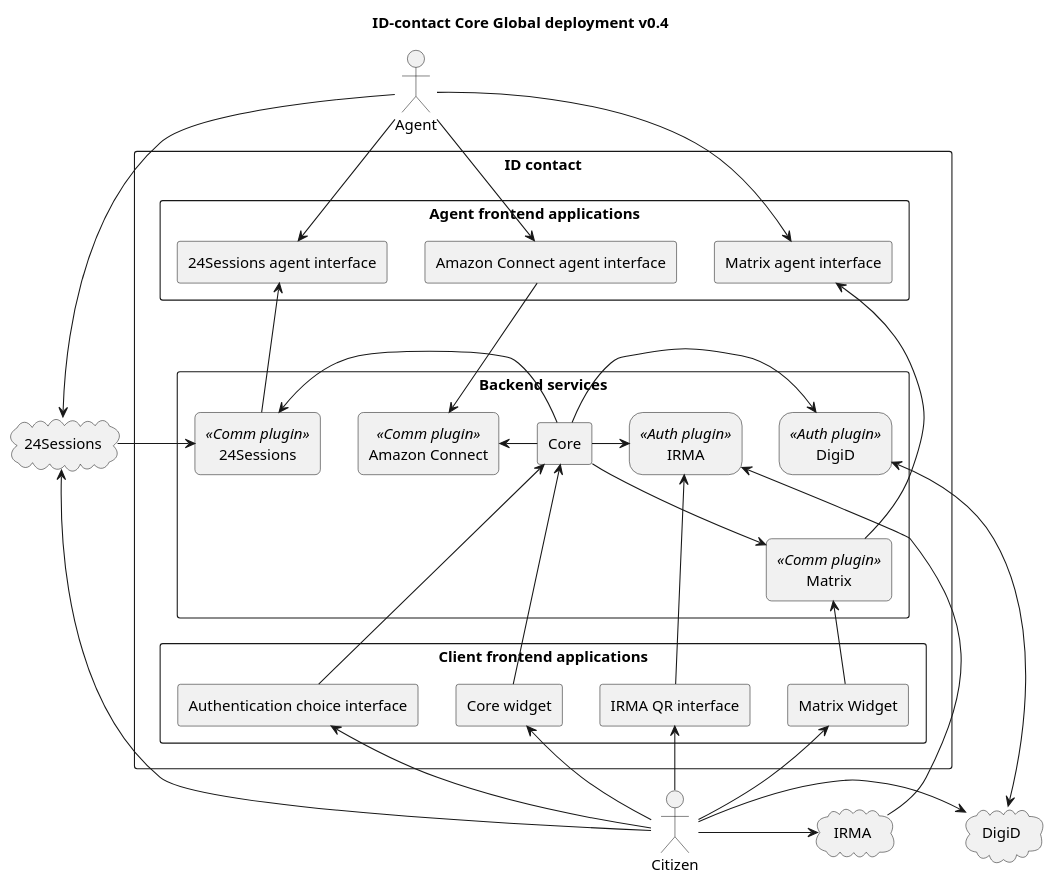
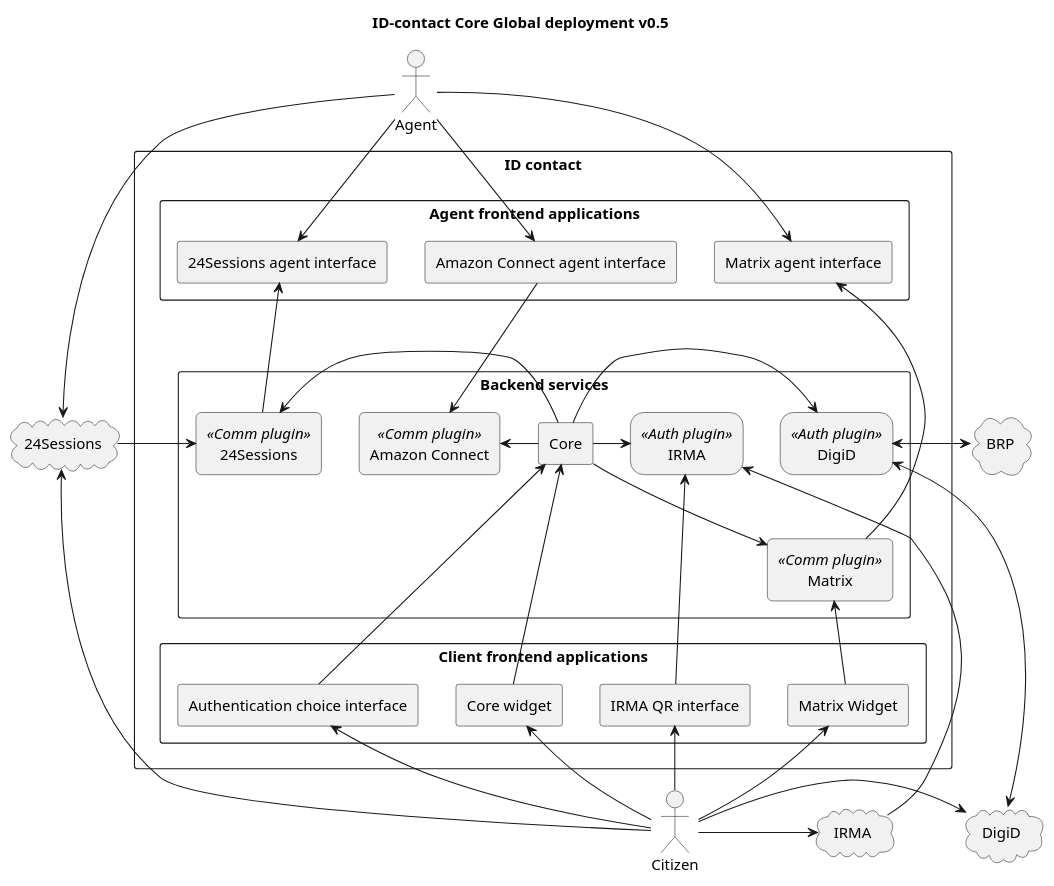
Before and after one commit to id-contact/docs: the diagram in docs/diagrams/global-deployment.puml, drawn with PlantUML.

Commit message:
add brp service to global deployment diagram

```diff
--- a/docs/diagrams/global-deployment.puml
+++ b/docs/diagrams/global-deployment.puml
@@ -1,79 +1,81 @@
 @startuml
-title ID-contact Core Global deployment v0.4
+title ID-contact Core Global deployment v0.5
 skinparam rectangle {
     roundCorner<<Auth plugin>> 25
 }
 
 skinparam rectangle {
     roundCorner<<Comm plugin>> 10
 }
 
 actor Citizen as citizen
 actor Agent as agent
 
 rectangle "ID contact" {
 
 
     rectangle "Agent frontend applications" as frontend_agent {
         rectangle "Matrix agent interface" as matrix_client
         rectangle "Amazon Connect agent interface" as connect_client
         rectangle "24Sessions agent interface" as 24sessions_attr
     }
 
     rectangle "Client frontend applications" as frontend_client {
         rectangle "Core widget" as core_widget
         rectangle "Matrix Widget" as matrix_widget
         rectangle "IRMA QR interface" as irma_qr
         rectangle "Authentication choice interface" as auth_select
     }
 
     rectangle "Backend services" as backend {
         rectangle "Core" as core
         rectangle "IRMA" <<Auth plugin>> as auth_irma
         rectangle "DigiD" <<Auth plugin>> as auth_digid
         rectangle "Amazon Connect" <<Comm plugin>> as comm_connect
         rectangle "Matrix" <<Comm plugin>> as comm_matrix
         rectangle "24Sessions" <<Comm plugin>> as comm_24sessions
     }
 }
 
+cloud "BRP" as brp
 cloud "24Sessions" as 24sessions
 cloud "IRMA" as irma_app
 cloud "DigiD" as digid_login
 
 citizen-up->core_widget
 
 citizen-up->irma_qr
 citizen->irma_app
 citizen->digid_login
 
 citizen-up->matrix_widget
 citizen--up->auth_select
 citizen-left->24sessions
 
 agent-->matrix_client
 agent-->24sessions_attr
 agent-->connect_client
 agent->24sessions
 
 core<--core_widget
 core<--auth_select
 core->auth_irma
 core->auth_digid
 core-left->comm_24sessions
 core-->comm_matrix
 core-left->comm_connect
 
 comm_matrix-up->matrix_client
 comm_matrix<--matrix_widget
 
 comm_24sessions<-24sessions
 comm_24sessions-up-->24sessions_attr
 
 comm_connect<-up-connect_client
 
 auth_digid<-up->digid_login
+auth_digid<->brp
 
 auth_irma<--irma_qr
 auth_irma<-up-irma_app
 @enduml
```
